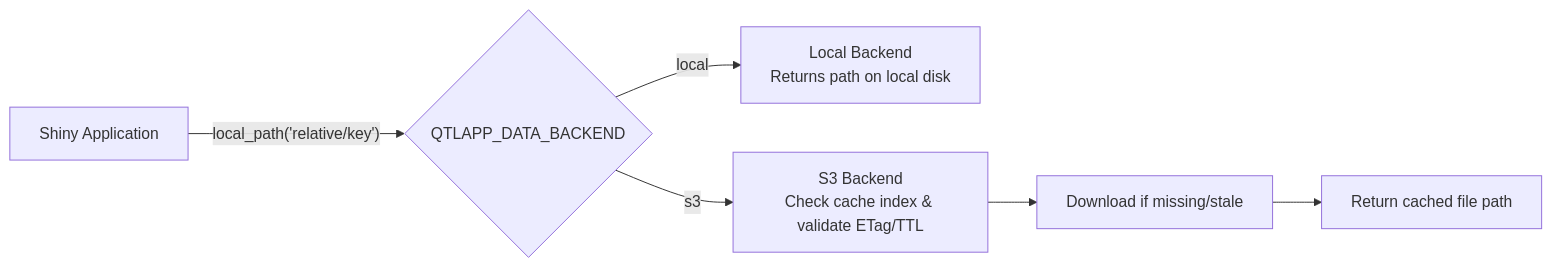
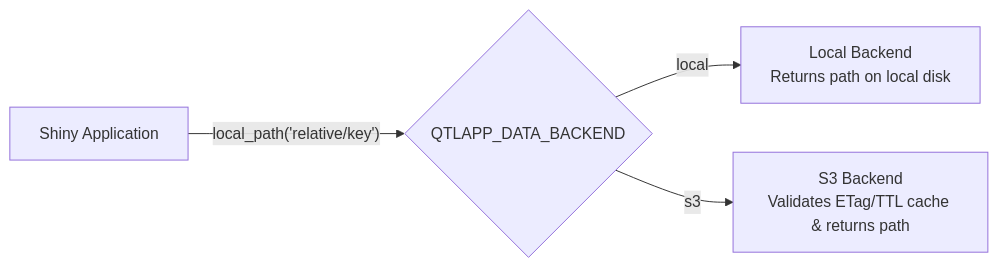
One commit to AttieLab-Systems-Genetics/AttieLab-QTL-Viewer changed the diagram in DEVELOPER.md. Above: the diagram before and after it, drawn with Mermaid. The commit also changed other lines of this file, not shown here.

Commit message:
streamline mermaid

````diff
--- a/DEVELOPER.md
+++ b/DEVELOPER.md
@@ -41,7 +41,6 @@
 ```mermaid
 flowchart LR
     App["Shiny Application"] -->|"local_path('relative/key')"| Choice{QTLAPP_DATA_BACKEND}
     Choice -->|local| Local["Local Backend<br/>Returns path on local disk"]
-    Choice -->|s3| S3["S3 Backend<br/>Check cache index & validate ETag/TTL"]
-    S3 --> Fetch["Download if missing/stale"] --> Path["Return cached file path"]
+    Choice -->|s3| S3["S3 Backend<br/>Validates ETag/TTL cache & returns path"]
 ```
````
